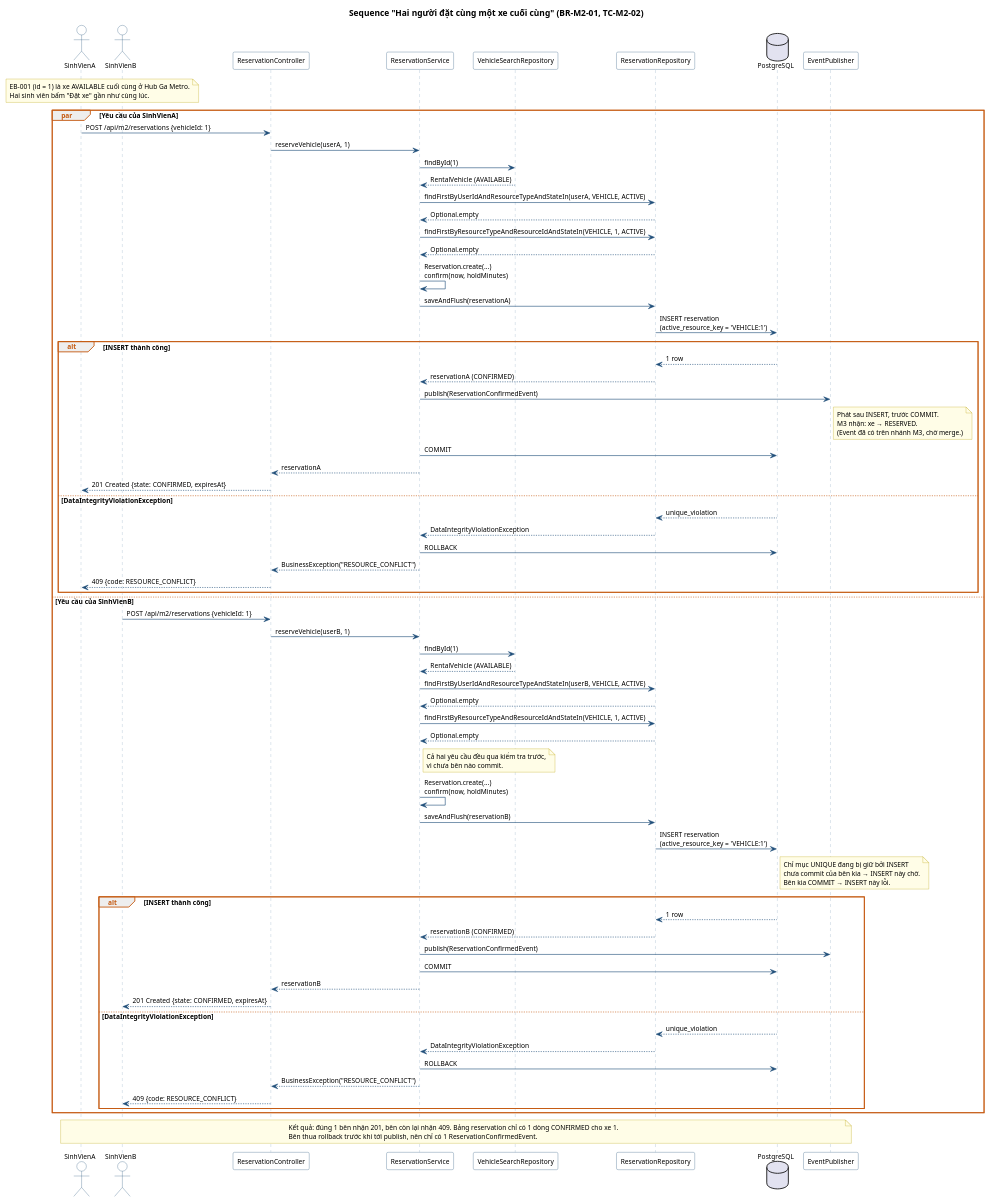
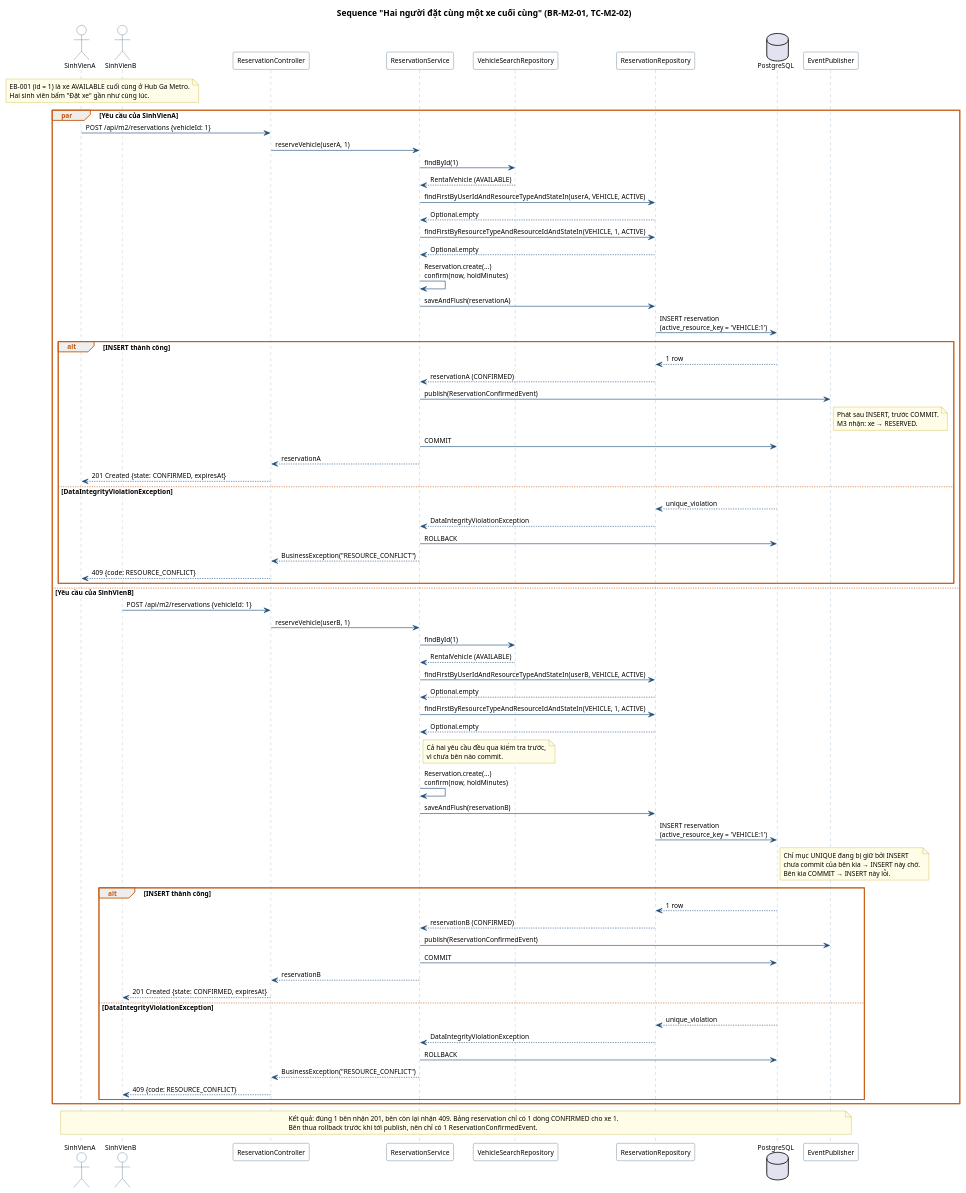
The diagram in docs/architecture/m2_seq_concurrent.puml (Jennie3306/smart-emobility-hub), drawn with PlantUML before and after one commit. The commit also changed 16 other files, not shown here.

```diff
--- a/docs/architecture/m2_seq_concurrent.puml
+++ b/docs/architecture/m2_seq_concurrent.puml
@@ -1,91 +1,91 @@
 @startuml m2_seq_concurrent
 skinparam shadowing false
 skinparam defaultFontSize 11
 skinparam sequenceMessageAlign left
 skinparam responseMessageBelowArrow true
 skinparam ArrowColor #1F4E79
 skinparam sequence {
   ParticipantBorderColor #1F4E79
   ParticipantBackgroundColor #FFFFFF
   ActorBorderColor #1F4E79
   ActorBackgroundColor #FFFFFF
   LifeLineBorderColor #8EA9C1
   GroupBorderColor #C55A11
   GroupHeaderFontColor #C55A11
 }
 skinparam note {
   BackgroundColor #FFFDE7
   BorderColor #B8A100
 }
 title Sequence "Hai người đặt cùng một xe cuối cùng" (BR-M2-01, TC-M2-02)
 
 actor SinhVienA as A
 actor SinhVienB as B
 participant ReservationController as C
 participant ReservationService as S
 participant VehicleSearchRepository as V
 participant ReservationRepository as R
 database PostgreSQL as DB
 participant EventPublisher as E
 
 note over A, B : EB-001 (id = 1) là xe AVAILABLE cuối cùng ở Hub Ga Metro.\nHai sinh viên bấm "Đặt xe" gần như cùng lúc.
 
 par Yêu cầu của SinhVienA
   A -> C : POST /api/m2/reservations {vehicleId: 1}
   C -> S : reserveVehicle(userA, 1)
   S -> V : findById(1)
   V --> S : RentalVehicle (AVAILABLE)
   S -> R : findFirstByUserIdAndResourceTypeAndStateIn(userA, VEHICLE, ACTIVE)
   R --> S : Optional.empty
   S -> R : findFirstByResourceTypeAndResourceIdAndStateIn(VEHICLE, 1, ACTIVE)
   R --> S : Optional.empty
   S -> S : Reservation.create(...)\nconfirm(now, holdMinutes)
   S -> R : saveAndFlush(reservationA)
   R -> DB : INSERT reservation\n(active_resource_key = 'VEHICLE:1')
   alt INSERT thành công
     DB --> R : 1 row
     R --> S : reservationA (CONFIRMED)
     S -> E : publish(ReservationConfirmedEvent)
-    note right of E : Phát sau INSERT, trước COMMIT.\nM3 nhận: xe → RESERVED.\n(Event đã có trên nhánh M3, chờ merge.)
+    note right of E : Phát sau INSERT, trước COMMIT.\nM3 nhận: xe → RESERVED.
     S -> DB : COMMIT
     S --> C : reservationA
     C --> A : 201 Created {state: CONFIRMED, expiresAt}
   else DataIntegrityViolationException
     DB --> R : unique_violation
     R --> S : DataIntegrityViolationException
     S -> DB : ROLLBACK
     S --> C : BusinessException("RESOURCE_CONFLICT")
     C --> A : 409 {code: RESOURCE_CONFLICT}
   end
 else Yêu cầu của SinhVienB
   B -> C : POST /api/m2/reservations {vehicleId: 1}
   C -> S : reserveVehicle(userB, 1)
   S -> V : findById(1)
   V --> S : RentalVehicle (AVAILABLE)
   S -> R : findFirstByUserIdAndResourceTypeAndStateIn(userB, VEHICLE, ACTIVE)
   R --> S : Optional.empty
   S -> R : findFirstByResourceTypeAndResourceIdAndStateIn(VEHICLE, 1, ACTIVE)
   R --> S : Optional.empty
   note right of S : Cả hai yêu cầu đều qua kiểm tra trước,\nvì chưa bên nào commit.
   S -> S : Reservation.create(...)\nconfirm(now, holdMinutes)
   S -> R : saveAndFlush(reservationB)
   R -> DB : INSERT reservation\n(active_resource_key = 'VEHICLE:1')
   note right of DB : Chỉ mục UNIQUE đang bị giữ bởi INSERT\nchưa commit của bên kia → INSERT này chờ.\nBên kia COMMIT → INSERT này lỗi.
   alt INSERT thành công
     DB --> R : 1 row
     R --> S : reservationB (CONFIRMED)
     S -> E : publish(ReservationConfirmedEvent)
     S -> DB : COMMIT
     S --> C : reservationB
     C --> B : 201 Created {state: CONFIRMED, expiresAt}
   else DataIntegrityViolationException
     DB --> R : unique_violation
     R --> S : DataIntegrityViolationException
     S -> DB : ROLLBACK
     S --> C : BusinessException("RESOURCE_CONFLICT")
     C --> B : 409 {code: RESOURCE_CONFLICT}
   end
 end
 
 note over A, E : Kết quả: đúng 1 bên nhận 201, bên còn lại nhận 409. Bảng reservation chỉ có 1 dòng CONFIRMED cho xe 1.\nBên thua rollback trước khi tới publish, nên chỉ có 1 ReservationConfirmedEvent.
 @enduml
```
